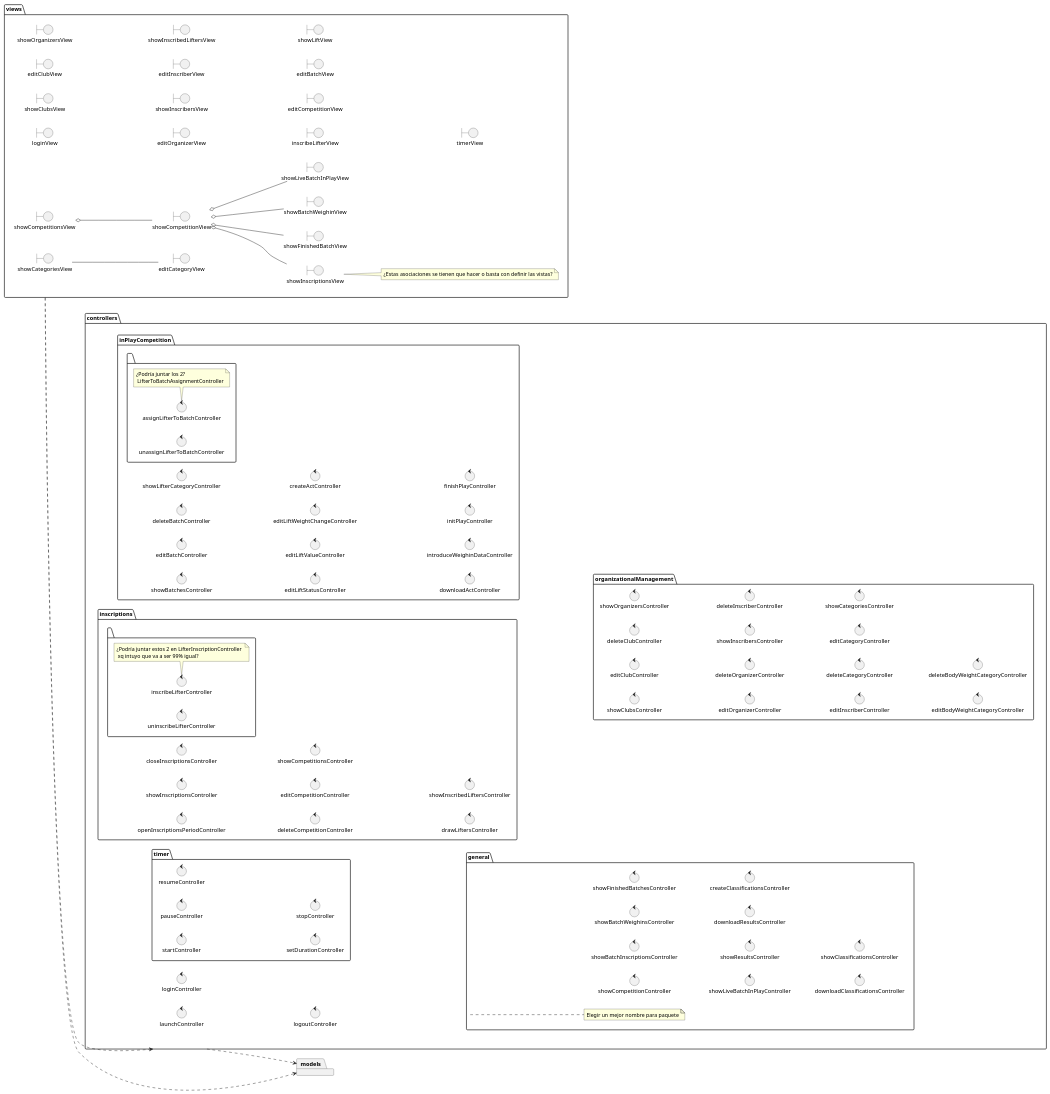
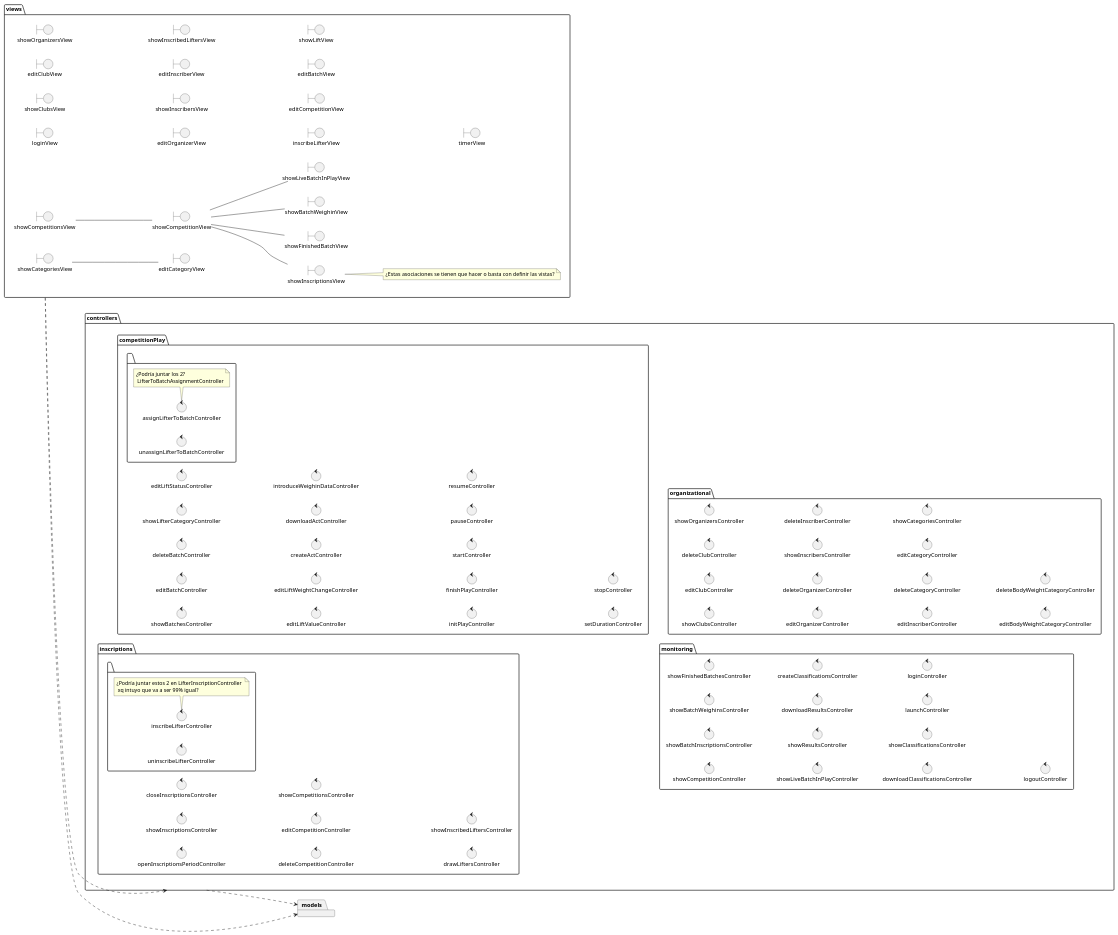
One commit to zuldare/mastercloud_pfm_halterocms changed the diagram in documentation/diagrams/2_analysis/ArchitectureAnalysis.puml. Above: the diagram before and after it, drawn with PlantUML. The commit also changed 2 other files, not shown here.

```diff
--- a/documentation/diagrams/2_analysis/ArchitectureAnalysis.puml
+++ b/documentation/diagrams/2_analysis/ArchitectureAnalysis.puml
@@ -1,148 +1,151 @@
 @startuml
 
 left to right direction
 
 package views {
   boundary showCompetitionsView
   boundary showCompetitionView
 
   boundary showInscriptionsView
   boundary showFinishedBatchView
   boundary showBatchWeighinView
   boundary showLiveBatchInPlayView
 
   boundary loginView
 
-  showCompetitionsView o-- showCompetitionView
+  showCompetitionsView -- showCompetitionView
   note right of showInscriptionsView: ¿Estas asociaciones se tienen que hacer o basta con definir las vistas?
-  showCompetitionView o-- showInscriptionsView
-  showCompetitionView o-- showFinishedBatchView
-  showCompetitionView o-- showBatchWeighinView
-  showCompetitionView o-- showLiveBatchInPlayView
+  showCompetitionView -- showInscriptionsView
+  showCompetitionView -- showFinishedBatchView
+  showCompetitionView -- showBatchWeighinView
+  showCompetitionView -- showLiveBatchInPlayView
 
 
   boundary showCategoriesView
   boundary editCategoryView
 
   showCategoriesView -- editCategoryView
 
   boundary showClubsView
   boundary editClubView
 
 
   boundary showOrganizersView
   boundary editOrganizerView
 
   boundary showInscribersView
   boundary editInscriberView
 
 
   boundary showInscribedLiftersView
   boundary inscribeLifterView
 
   boundary editCompetitionView
   boundary editBatchView
 
   boundary showLiftView
   boundary timerView
 
 }
 
 package controllers {
 
-  package inPlayCompetition {
+  package competitionPlay {
       control showBatchesController
       control editBatchController
       control deleteBatchController
 
       package "  " {
         control assignLifterToBatchController
         control unassignLifterToBatchController
         note bottom of assignLifterToBatchController: ¿Podría juntar los 2? \n LifterToBatchAssignmentController
       }
 
       control showLifterCategoryController
       control editLiftStatusController
       control editLiftValueController
       control editLiftWeightChangeController
       control createActController
       control downloadActController
       control introduceWeighinDataController
       control initPlayController
       control finishPlayController
+
+
+            control startController
+            control pauseController
+            control resumeController
+            control setDurationController
+            control stopController
+
   }
 
   package inscriptions {
     control openInscriptionsPeriodController
     control showInscriptionsController
     control closeInscriptionsController
     control deleteCompetitionController
     control editCompetitionController
     control showCompetitionsController
     control drawLiftersController
 
     package " " {
       control inscribeLifterController
       control uninscribeLifterController
       note bottom of inscribeLifterController: ¿Podría juntar estos 2 en LifterInscriptionController \n xq intuyo que va a ser 99% igual?
     }
     control showInscribedLiftersController
   }
 
-  package timer {
-      control startController
-      control pauseController
-      control resumeController
-      control setDurationController
-      control stopController
-   }
 
-  package organizationalManagement {
+
+  package organizational {
     control showClubsController
     control editClubController
     control deleteClubController
     control showOrganizersController
     control editOrganizerController
     control deleteOrganizerController
     control showInscribersController
     control deleteInscriberController
     control editInscriberController
     control deleteCategoryController
     control editCategoryController
     control showCategoriesController
     control editBodyWeightCategoryController
     control deleteBodyWeightCategoryController
   }
 
 
-package general {
-  note right of general: Elegir un mejor nombre para paquete
+package monitoring {
   control showCompetitionController
   control showBatchInscriptionsController
   control showBatchWeighinsController
   control showFinishedBatchesController
   control showLiveBatchInPlayController
   control showResultsController
   control downloadResultsController
   control showCompetitionsController
   control createClassificationsController
   control downloadClassificationsController
   control showClassificationsController
+
+    control launchController
+    control loginController
+    control logoutController
 }
 
-  control launchController
-  control loginController
-  control logoutController
+
 
 }
 
 
 package models {
 }
 
 views ..> controllers
 views ..> models
 controllers ..> models
 
 
 @enduml
```
